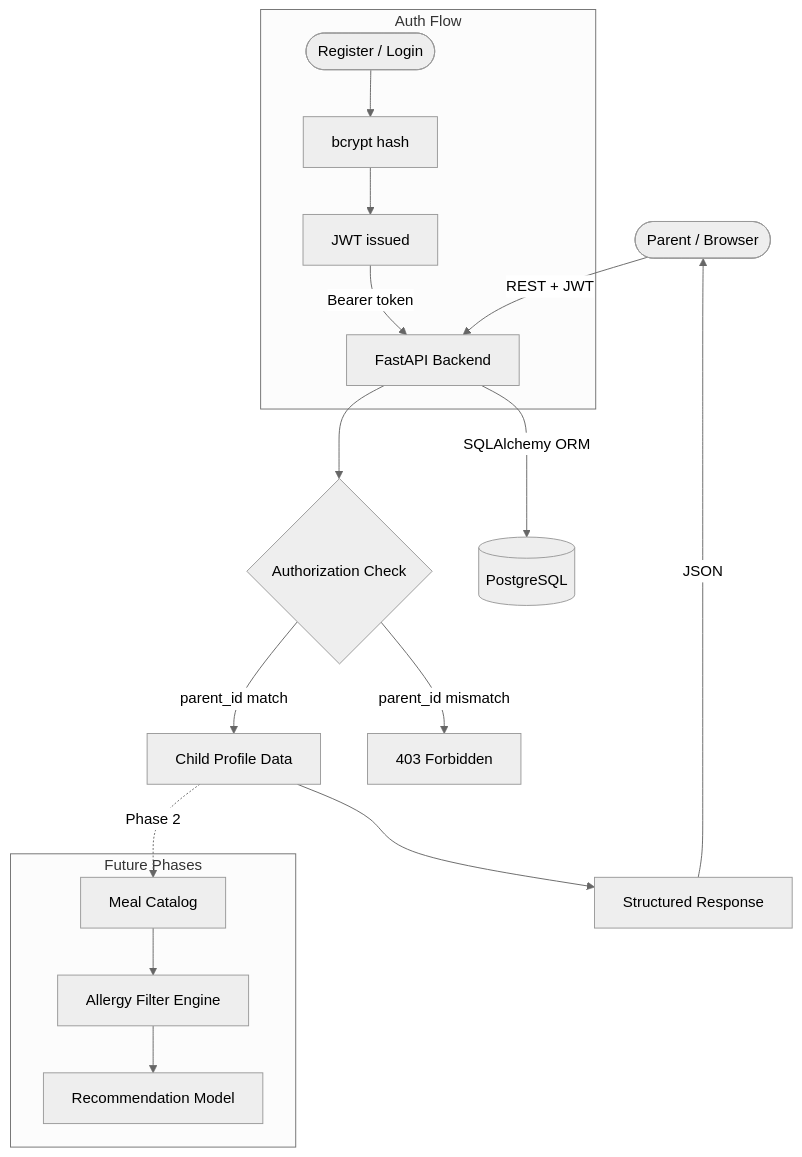
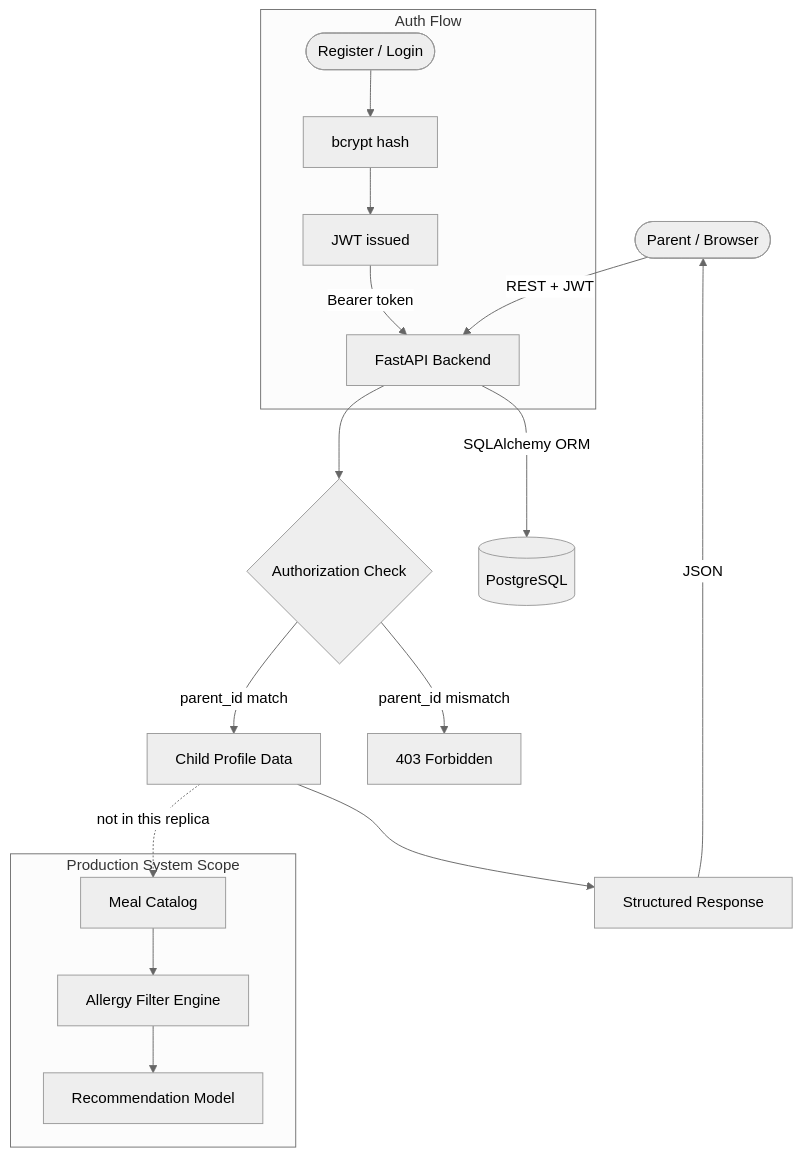
One commit to dushyantsinghpawar/medkids-orderup-backend changed the first of 2 diagrams in README.md. Above: the diagram before and after it, drawn with Mermaid (neutral theme). The commit also changed other lines of this file, not shown here.

````diff
--- a/README.md
+++ b/README.md
@@ -40,25 +50,25 @@
 ```mermaid
 flowchart TD
     A([Parent / Browser]) -->|REST + JWT| B[FastAPI Backend]
     B -->|SQLAlchemy ORM| C[(PostgreSQL)]
     B --> D{Authorization Check}
     D -->|parent_id mismatch| E[403 Forbidden]
     D -->|parent_id match| F[Child Profile Data]
     F --> G[Structured Response]
     G -->|JSON| A
 
     subgraph Auth Flow
         H([Register / Login]) --> I[bcrypt hash]
         I --> J[JWT issued]
         J -->|Bearer token| B
     end
 
-    subgraph Future Phases
+    subgraph Production System Scope
         K[Meal Catalog]
         L[Allergy Filter Engine]
         M[Recommendation Model]
         K --> L --> M
     end
 
-    F -.->|Phase 2| K
+    F -.->|not in this replica| K
 ```
````
